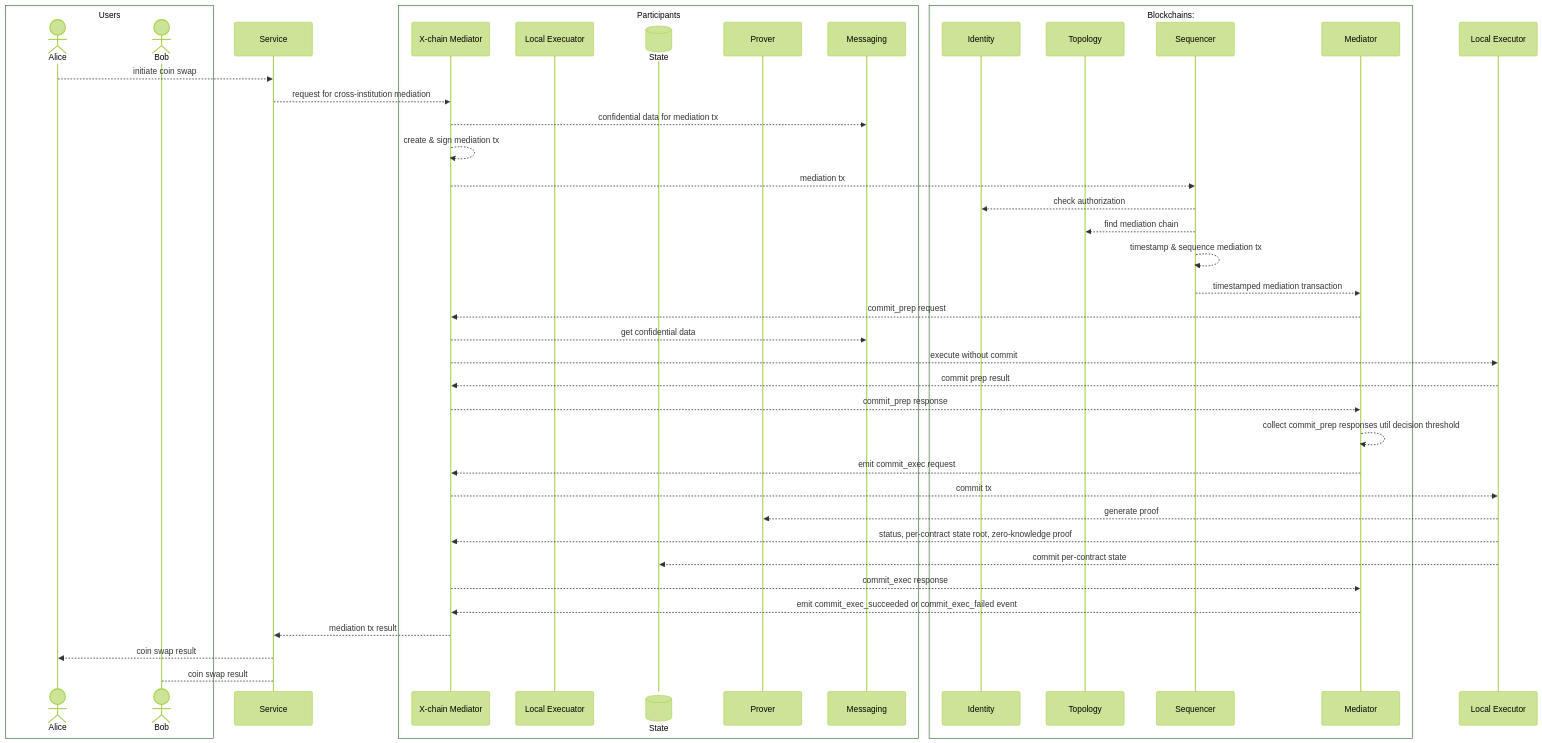
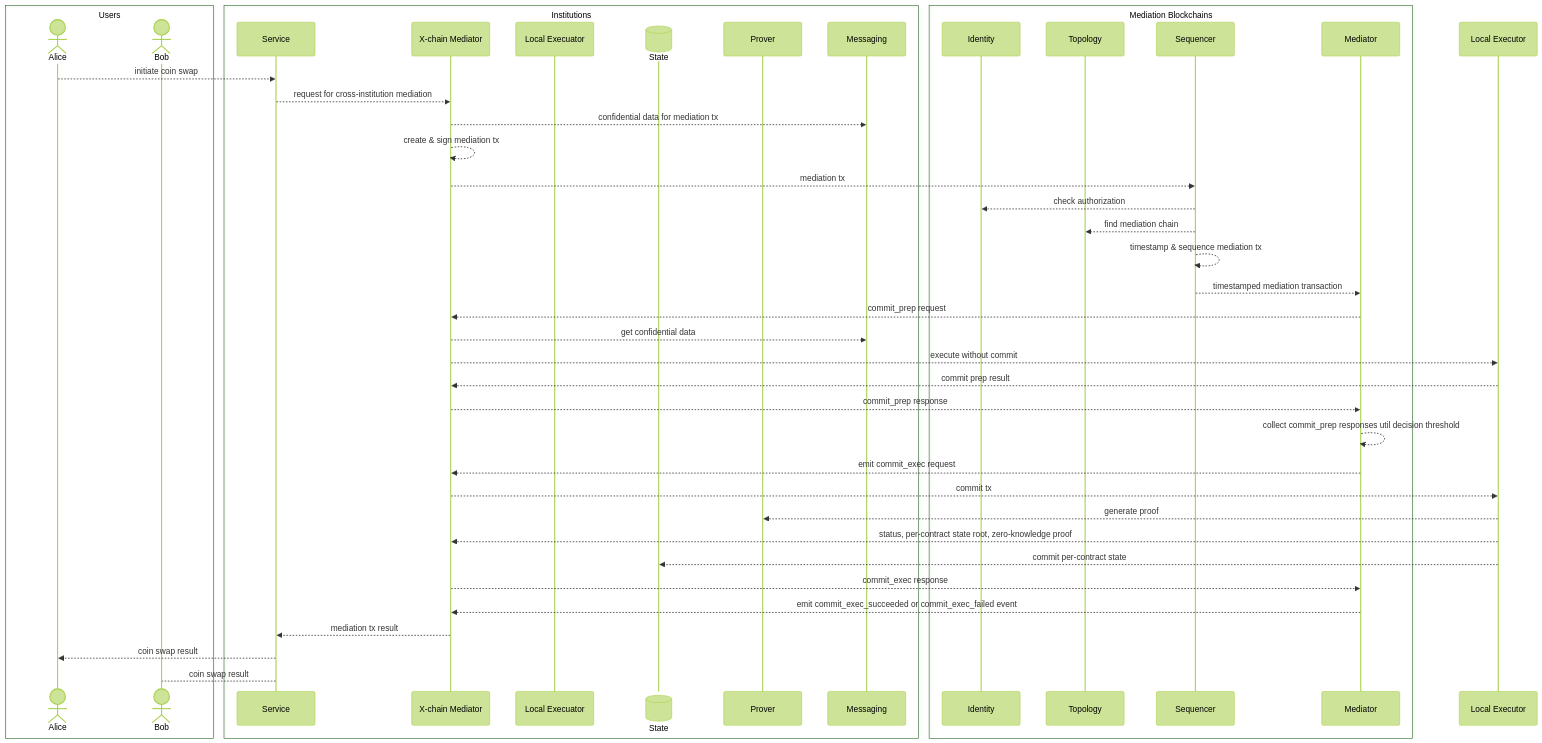
One commit to PDXbaap/design changed the diagram in finance_architecture.md. Above: the diagram before and after it, drawn with Mermaid (forest theme).

````diff
--- a/finance_architecture.md
+++ b/finance_architecture.md
@@ -29,47 +29,47 @@
 ```mermaid
 sequenceDiagram
 box Users
 actor Alice
 actor Bob
 end
+box Institutions
 participant Service
-box Participants
 participant X-chain Mediator
 participant Local Execuator
 participant State@{"type": "database"}
 participant Prover
 participant Messaging
 end
-box Blockchains: 
+box Mediation Blockchains
 participant Identity
 participant Topology
 participant Sequencer
 participant Mediator
 end
 
 Alice -->> Service: initiate coin swap
 Service -->> X-chain Mediator: request for cross-institution mediation
 X-chain Mediator -->> Messaging: confidential data for mediation tx
 X-chain Mediator -->> X-chain Mediator: create & sign mediation tx
 X-chain Mediator -->> Sequencer: mediation tx
 Sequencer -->> Identity: check authorization
 Sequencer -->> Topology: find mediation chain
 Sequencer -->> Sequencer: timestamp & sequence mediation tx
 Sequencer -->> Mediator: timestamped mediation transaction
 Mediator -->> X-chain Mediator: commit_prep request
 X-chain Mediator -->> Messaging: get confidential data
 X-chain Mediator -->> Local Executor: execute without commit
 Local Executor -->> X-chain Mediator: commit prep result
 X-chain Mediator -->> Mediator: commit_prep response
 Mediator -->> Mediator: collect commit_prep responses util decision threshold
 Mediator -->> X-chain Mediator: emit commit_exec request
 X-chain Mediator -->> Local Executor: commit tx
 Local Executor -->> Prover: generate proof
 Local Executor -->> X-chain Mediator: status, per-contract state root, zero-knowledge proof
 Local Executor -->> State: commit per-contract state
 X-chain Mediator -->> Mediator: commit_exec response
 Mediator -->> X-chain Mediator: emit commit_exec_succeeded or commit_exec_failed event
 X-chain Mediator -->> Service: mediation tx result
 Service -->> Alice: coin swap result
 Service --> Bob: coin swap result
 ```
````
